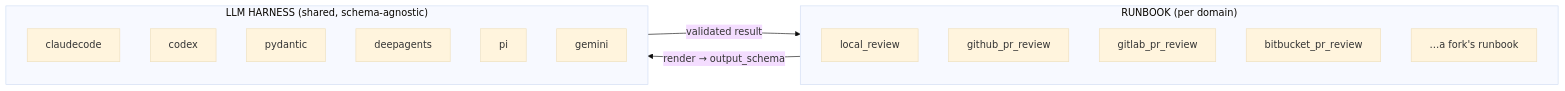
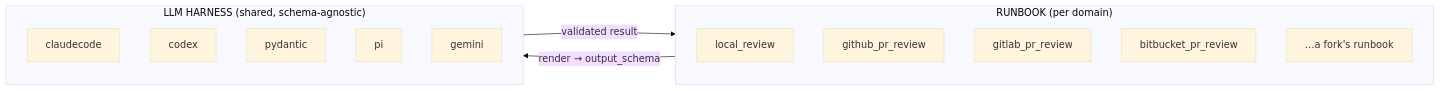
Before and after one commit to mishachepi/junior: the first of 2 diagrams in docs-site/src/content/docs/architecture.md, drawn with Mermaid (base theme). The commit also changed other lines of this file and 33 other files, not shown here.

````diff
--- a/docs-site/src/content/docs/architecture.md
+++ b/docs-site/src/content/docs/architecture.md
@@ -17,24 +17,23 @@
 ```mermaid
 flowchart LR
     subgraph A1["RUNBOOK (per domain)"]
         direction TB
         P1["local_review"]
         P2["github_pr_review"]
         P3["gitlab_pr_review"]
         P4["bitbucket_pr_review"]
         P5["…a fork's runbook"]
     end
 
     subgraph A2["LLM HARNESS (shared, schema-agnostic)"]
         direction TB
         E1["claudecode"]
         E2["codex"]
         E3["pydantic"]
-        E4["deepagents"]
         E5["pi"]
         E6["gemini"]
     end
 
     A1 -->|"render → output_schema"| A2
     A2 -->|"validated result"| A1
 ```
````
